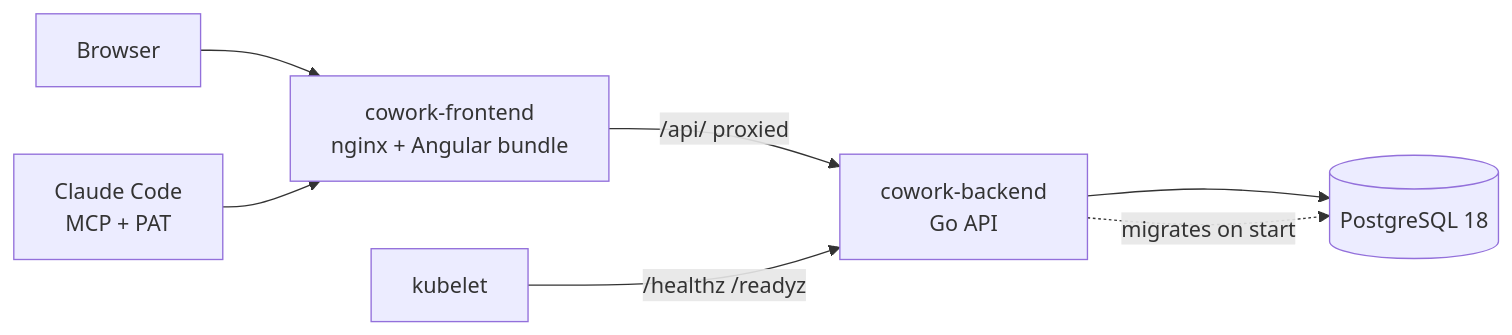
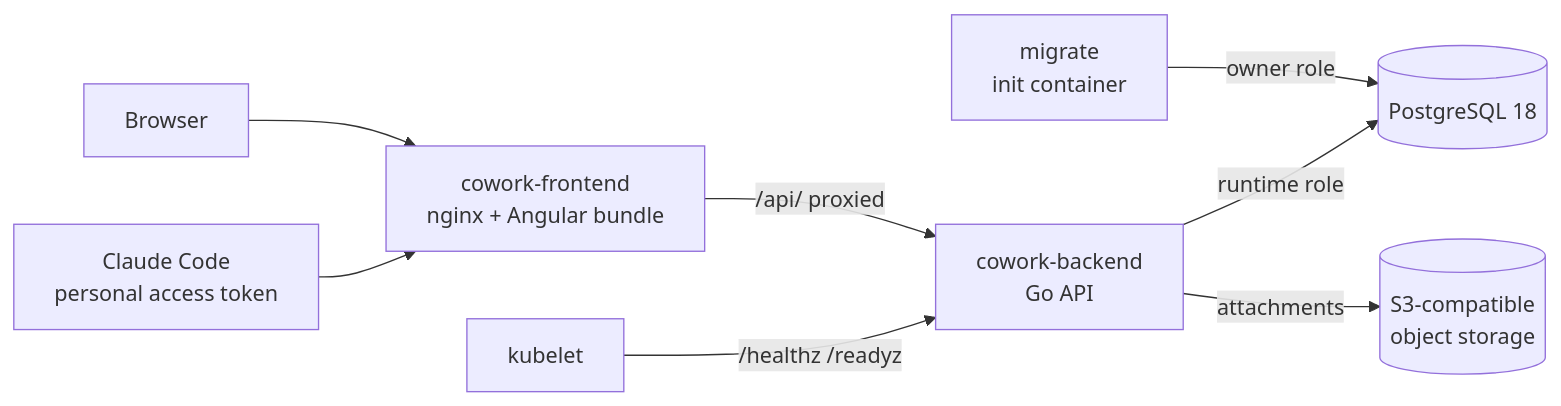
The diagram in README.md (guided-traffic/cowork), drawn with Mermaid before and after one commit. The commit also changed other lines of this file and 296 other files, not shown here.

````diff
--- a/README.md
+++ b/README.md
@@ -19,9 +22,10 @@
 ```mermaid
 flowchart LR
   B[Browser] --> F
-  C[Claude Code<br/>MCP + PAT] --> F
+  C[Claude Code<br/>personal access token] --> F
   F[cowork-frontend<br/>nginx + Angular bundle] -->|/api/ proxied| S
   K[kubelet] -->|/healthz /readyz| S
-  S[cowork-backend<br/>Go API] --> P[(PostgreSQL 18)]
-  S -. migrates on start .-> P
+  M[migrate<br/>init container] -->|owner role| P
+  S[cowork-backend<br/>Go API] -->|runtime role| P[(PostgreSQL 18)]
+  S -->|attachments| O[(S3-compatible<br/>object storage)]
 ```
````
